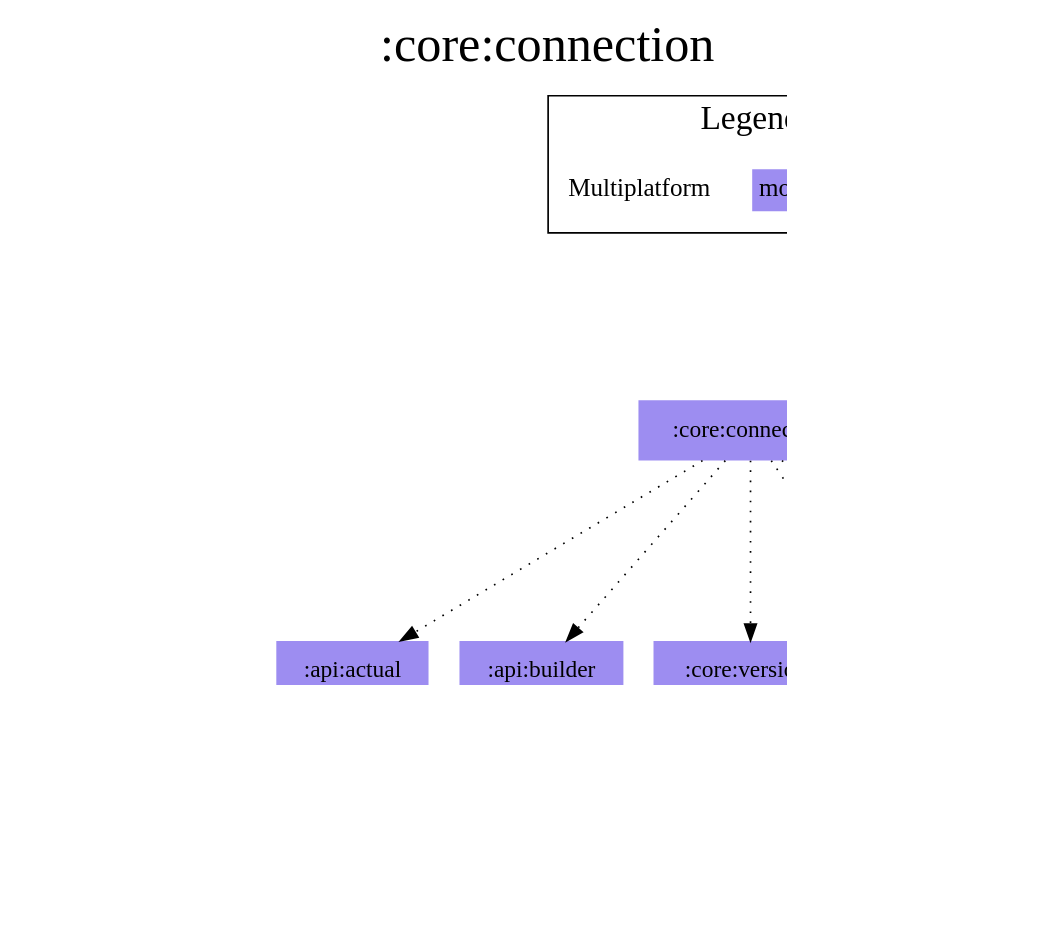
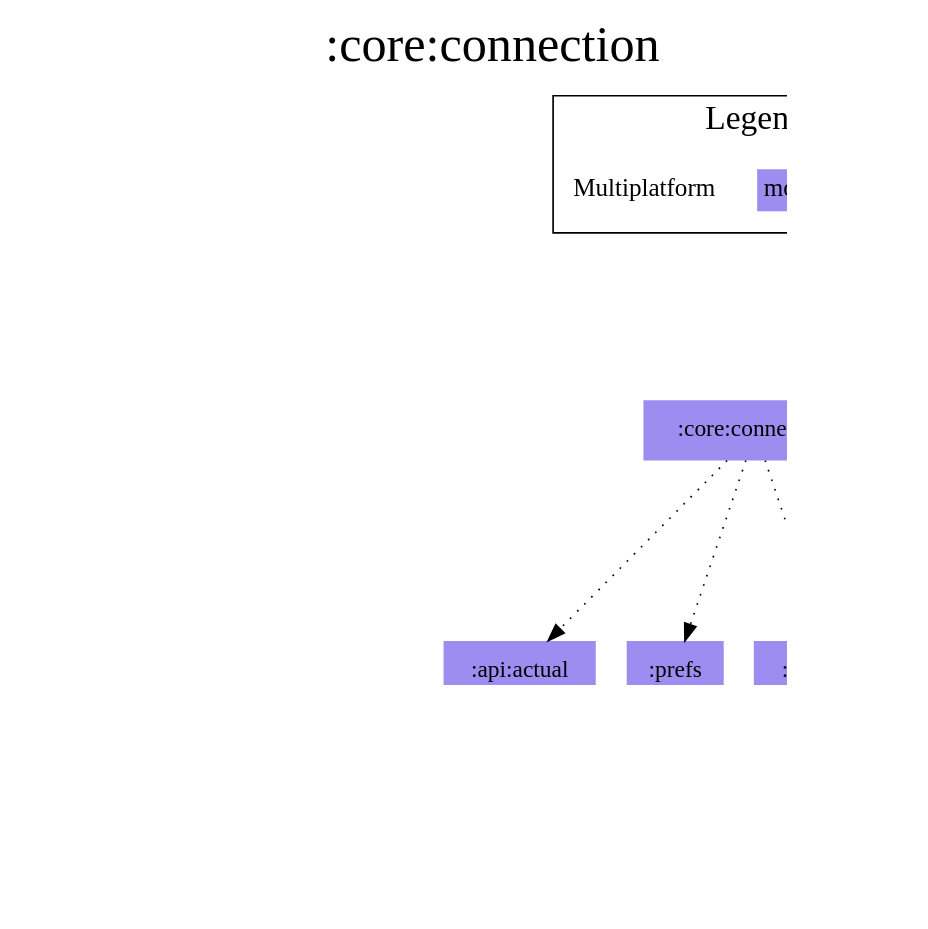
The diagram in modules/core/connection/modules.dot (jonapoul/aktual), drawn with Graphviz before and after one commit. The commit also changed 152 other files, not shown here.

```diff
--- a/modules/core/connection/modules.dot
+++ b/modules/core/connection/modules.dot
@@ -1,38 +1,37 @@
 digraph {
 edge ["dir"="forward"]
 graph ["dpi"="100","label"=":core:connection","labelloc"="t","fontsize"="30","ranksep"="1.5","rankdir"="TB"]
 node ["style"="filled"]
 ":account:model" ["fillcolor"="#9D8DF1","shape"="none"]
 ":api:actual" ["fillcolor"="#9D8DF1","shape"="none"]
 ":api:builder" ["fillcolor"="#9D8DF1","shape"="none"]
 ":budget:model" ["fillcolor"="#9D8DF1","shape"="none"]
 ":codegen:annotation" ["fillcolor"="#9D8DF1","shape"="none"]
 ":core:connection" ["fillcolor"="#9D8DF1","shape"="none"]
-":core:versions" ["fillcolor"="#9D8DF1","shape"="none"]
-":url:model" ["fillcolor"="#9D8DF1","shape"="none"]
-":url:prefs" ["fillcolor"="#9D8DF1","shape"="none"]
+":core:model" ["fillcolor"="#9D8DF1","shape"="none"]
+":prefs" ["fillcolor"="#9D8DF1","shape"="none"]
 {
 edge ["dir"="none"]
 graph ["rank"="same"]
 }
 ":api:actual" -> ":account:model"
 ":api:actual" -> ":budget:model"
 ":api:actual" -> ":codegen:annotation" ["style"="dotted"]
-":api:actual" -> ":url:model"
-":api:builder" -> ":url:model"
+":api:actual" -> ":core:model"
+":api:builder" -> ":core:model"
 ":core:connection" -> ":api:actual" ["style"="dotted"]
 ":core:connection" -> ":api:builder" ["style"="dotted"]
-":core:connection" -> ":core:versions" ["style"="dotted"]
-":core:connection" -> ":url:model" ["style"="dotted"]
-":core:connection" -> ":url:prefs" ["style"="dotted"]
-":url:prefs" -> ":url:model"
+":core:connection" -> ":core:model" ["style"="dotted"]
+":core:connection" -> ":prefs" ["style"="dotted"]
+":prefs" -> ":account:model"
+":prefs" -> ":core:model"
 subgraph "cluster_legend" {
 edge ["dir"="none"]
 graph ["label"="Legend","fontsize"="20"]
 "Legend" ["style"="filled","fillcolor"="#FFFFFF","shape"="none","margin"="0","fontsize"="15","label"=<
 <TABLE BORDER="0" CELLBORDER="0" CELLSPACING="0" CELLPADDING="4">
 <TR><TD>Multiplatform</TD><TD BGCOLOR="#9D8DF1">module-name</TD></TR>
 </TABLE>
 >]
 } -> ":core:connection" ["style"="invis"]
 }
```
